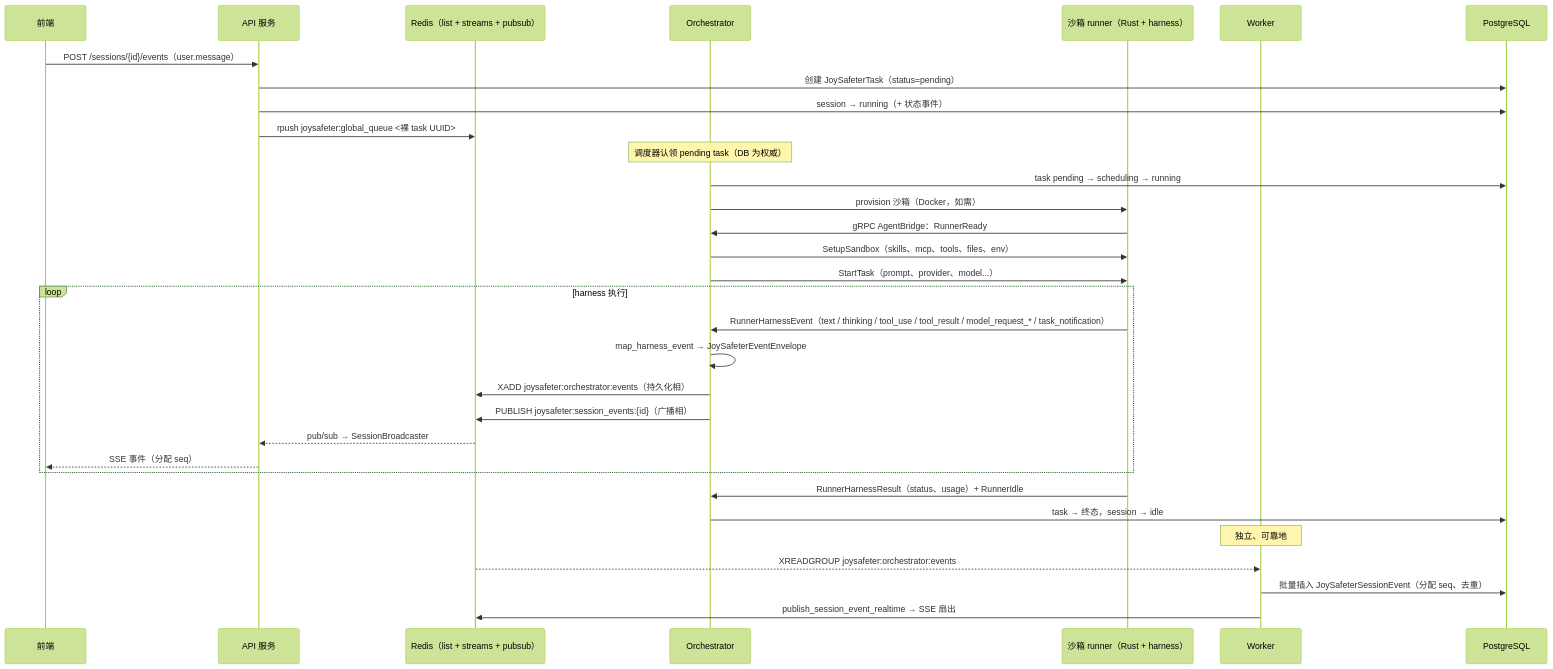
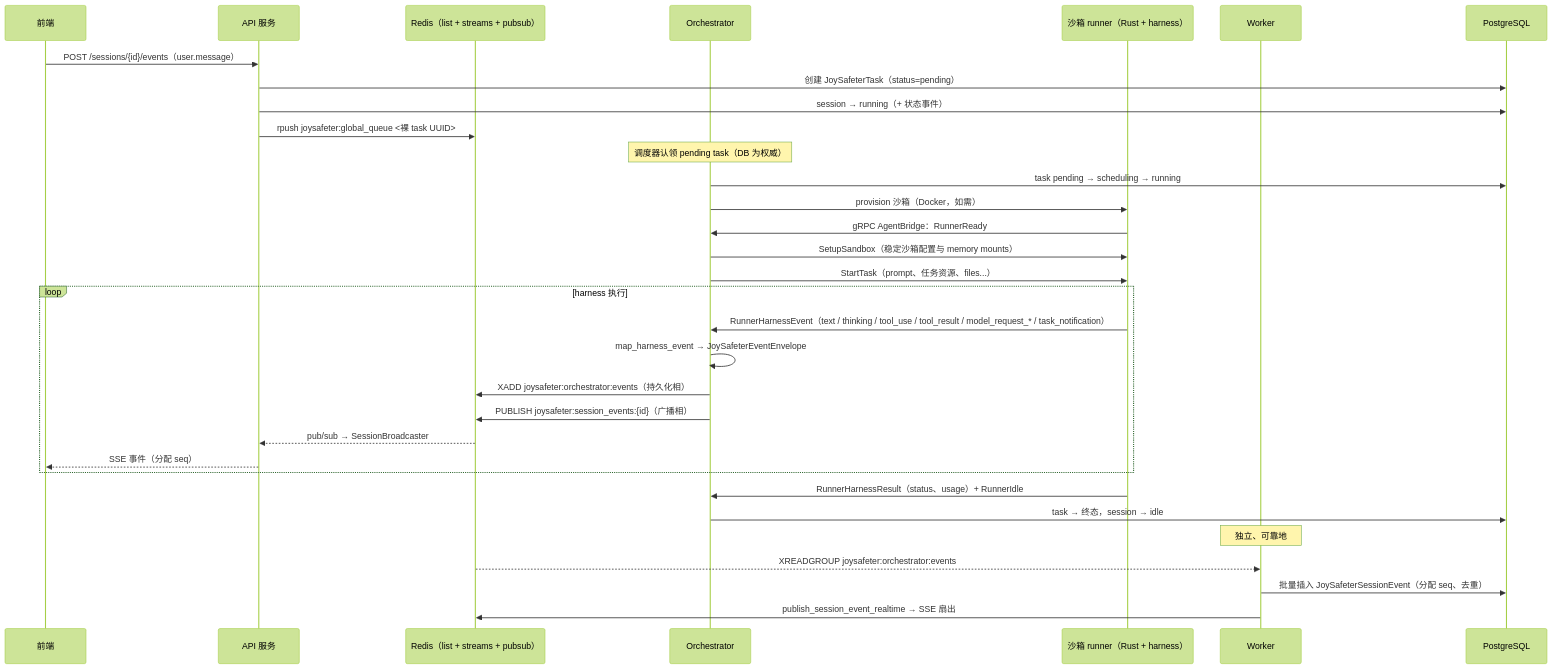
One commit to jd-opensource/JoySafeter changed the second of 2 diagrams in docs/ARCHITECTURE_CN.md. Above: the diagram before and after it, drawn with Mermaid (forest theme). The commit also changed other lines of this file and 24 other files, not shown here.

````diff
--- a/docs/ARCHITECTURE_CN.md
+++ b/docs/ARCHITECTURE_CN.md
@@ -140,39 +140,39 @@
 ```mermaid
 sequenceDiagram
     participant FE as 前端
     participant API as API 服务
     participant Q as Redis（list + streams + pubsub）
     participant ORCH as Orchestrator
     participant RUN as 沙箱 runner（Rust + harness）
     participant WK as Worker
     participant PG as PostgreSQL
 
     FE->>API: POST /sessions/{id}/events（user.message）
     API->>PG: 创建 JoySafeterTask（status=pending）
     API->>PG: session → running（+ 状态事件）
     API->>Q: rpush joysafeter:global_queue <裸 task UUID>
 
     Note over ORCH: 调度器认领 pending task（DB 为权威）
     ORCH->>PG: task pending → scheduling → running
     ORCH->>RUN: provision 沙箱（Docker，如需）
     RUN->>ORCH: gRPC AgentBridge：RunnerReady
-    ORCH->>RUN: SetupSandbox（skills、mcp、tools、files、env）
-    ORCH->>RUN: StartTask（prompt、provider、model...）
+    ORCH->>RUN: SetupSandbox（稳定沙箱配置与 memory mounts）
+    ORCH->>RUN: StartTask（prompt、任务资源、files...）
 
     loop harness 执行
         RUN->>ORCH: RunnerHarnessEvent（text / thinking / tool_use / tool_result / model_request_* / task_notification）
         ORCH->>ORCH: map_harness_event → JoySafeterEventEnvelope
         ORCH->>Q: XADD joysafeter:orchestrator:events（持久化相）
         ORCH->>Q: PUBLISH joysafeter:session_events:{id}（广播相）
         Q-->>API: pub/sub → SessionBroadcaster
         API-->>FE: SSE 事件（分配 seq）
     end
 
     RUN->>ORCH: RunnerHarnessResult（status、usage）+ RunnerIdle
     ORCH->>PG: task → 终态，session → idle
 
     Note over WK: 独立、可靠地
     Q-->>WK: XREADGROUP joysafeter:orchestrator:events
     WK->>PG: 批量插入 JoySafeterSessionEvent（分配 seq、去重）
     WK->>Q: publish_session_event_realtime → SSE 扇出
 ```
````
